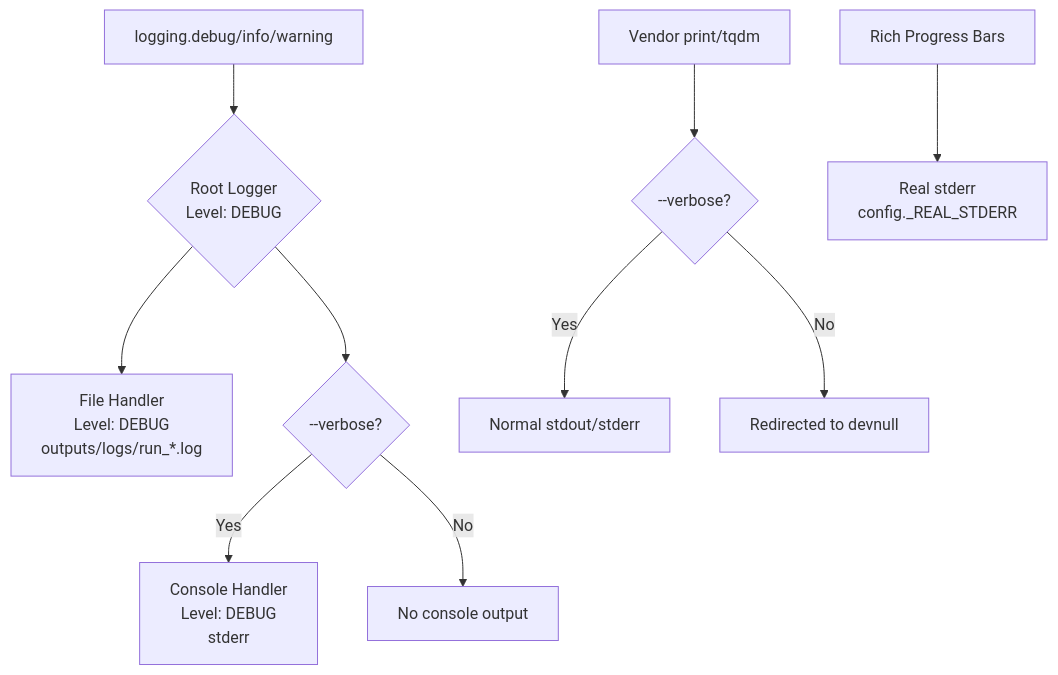
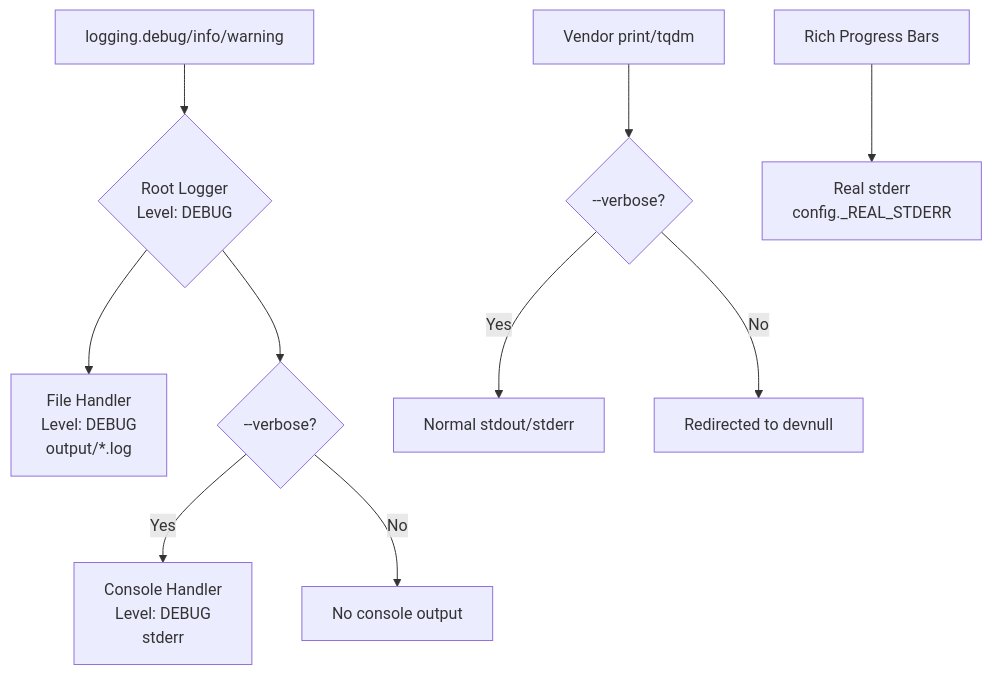
Before and after one commit to garystorey/zimbra: diagram 14 of 16 in docs/tdd.md, drawn with Mermaid. The commit also changed other lines of this file and 15 other files, not shown here.

````diff
--- a/docs/tdd.md
+++ b/docs/tdd.md
@@ -417,14 +417,14 @@
 ```mermaid
 flowchart TD
     A[logging.debug/info/warning] --> B{Root Logger<br/>Level: DEBUG}
-    B --> C[File Handler<br/>Level: DEBUG<br/>outputs/logs/run_*.log]
+    B --> C[File Handler<br/>Level: DEBUG<br/>output/*.log]
     B --> D{--verbose?}
     D -->|Yes| E[Console Handler<br/>Level: DEBUG<br/>stderr]
     D -->|No| F[No console output]
 
     G[Vendor print/tqdm] --> H{--verbose?}
     H -->|Yes| I[Normal stdout/stderr]
     H -->|No| J[Redirected to devnull]
 
     K[Rich Progress Bars] --> L[Real stderr<br/>config._REAL_STDERR]
 ```
````
